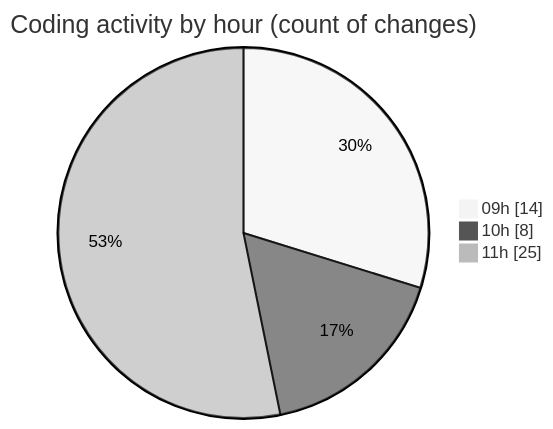
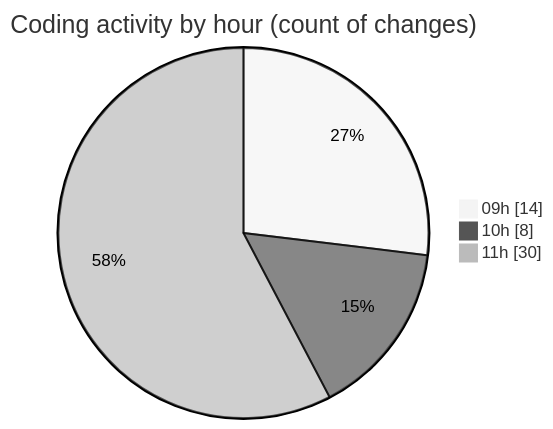
Before and after one commit to momahboobian/code-tracking: the second of 2 diagrams in 2025-02-07/cda/README.md, drawn with Mermaid (neutral theme). The commit also changed other lines of this file and 1 other file, not shown here.

````diff
--- a/2025-02-07/cda/README.md
+++ b/2025-02-07/cda/README.md
@@ -44,7 +46,7 @@
 ```mermaid
 pie showData
 title Coding activity by hour (count of changes)
 "09h" : 14
 "10h" : 8
-"11h" : 25
+"11h" : 30
 ```
````
